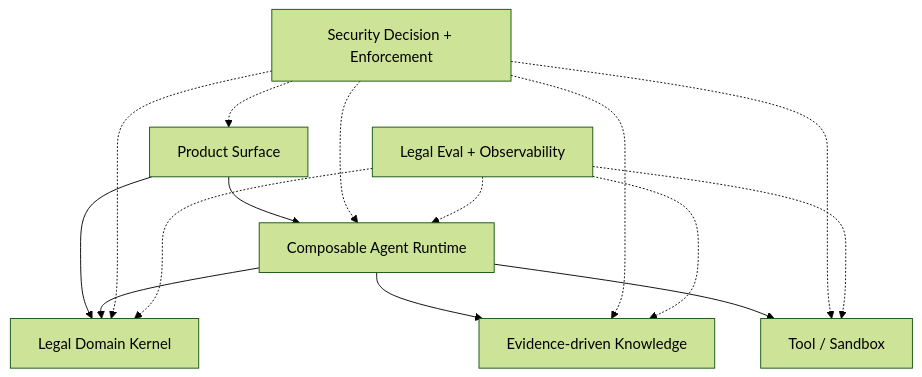
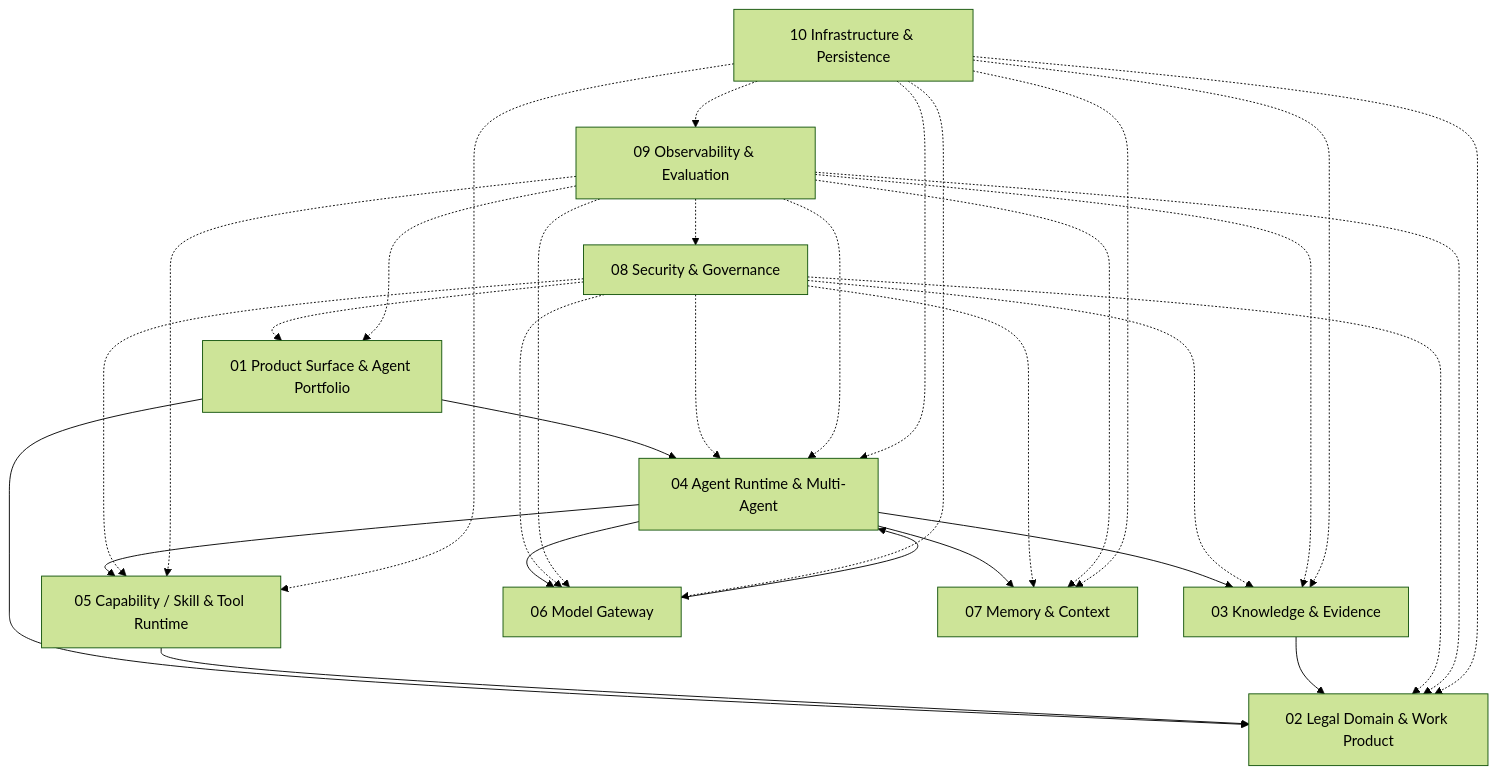
Before and after one commit to ProfessorZhi/Zuno: the third of 14 diagrams in docs/architecture/architecture-views.md, drawn with Mermaid (forest theme). The commit also changed other lines of this file and 3 other files, not shown here.

Commit message:
docs: refine overall architecture module candidates

````diff
--- a/docs/architecture/architecture-views.md
+++ b/docs/architecture/architecture-views.md
@@ -56,17 +68,21 @@
 ```mermaid
 flowchart TB
-  PRODUCT[Product Surface]
-  DOMAIN[Legal Domain Kernel]
-  AGENT[Composable Agent Runtime]
-  KNOW[Evidence-driven Knowledge]
-  TOOL[Tool / Sandbox]
-  SECURITY[Security Decision + Enforcement]
-  EVAL[Legal Eval + Observability]
-  PRODUCT --> DOMAIN
-  PRODUCT --> AGENT
-  AGENT --> KNOW
-  AGENT --> TOOL
-  AGENT --> DOMAIN
-  SECURITY -.-> PRODUCT & DOMAIN & AGENT & KNOW & TOOL
-  EVAL -.-> DOMAIN & AGENT & KNOW & TOOL
+  P[01 Product Surface & Agent Portfolio]
+  D[02 Legal Domain & Work Product]
+  K[03 Knowledge & Evidence]
+  A[04 Agent Runtime & Multi-Agent]
+  CT[05 Capability / Skill & Tool Runtime]
+  M[06 Model Gateway]
+  X[07 Memory & Context]
+  S[08 Security & Governance]
+  O[09 Observability & Evaluation]
+  I[10 Infrastructure & Persistence]
+  P --> D & A
+  A --> K & CT & M & X
+  CT --> D
+  K --> D
+  M --> A
+  S -.-> P & D & K & A & CT & M & X
+  O -.-> P & D & K & A & CT & M & X & S
+  I -.-> D & K & A & CT & M & X & O
 ```
````
